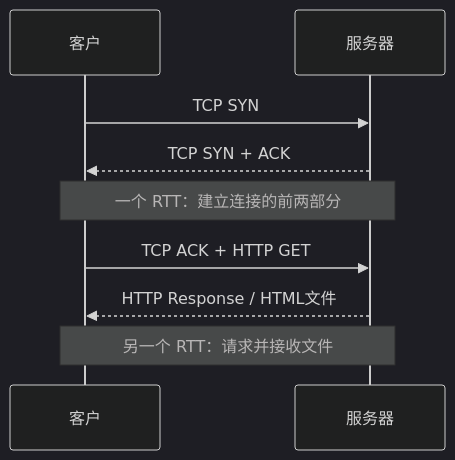
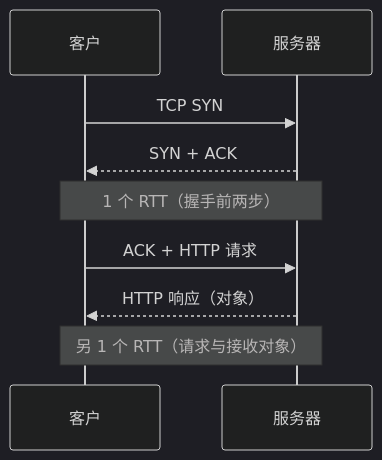
The fourth of 20 diagrams in src/content/posts/应用层.md (Meer-Matze/Meer-Matze.github.io), drawn with Mermaid (dark theme) before and after one commit. The commit also changed other lines of this file and 3 other files, not shown here.

````diff
--- a/src/content/posts/应用层.md
+++ b/src/content/posts/应用层.md
@@ -823,13 +313,11 @@
 ```mermaid
 sequenceDiagram
   participant C as 客户
   participant S as 服务器
-
   C->>S: TCP SYN
-  S-->>C: TCP SYN + ACK
-  Note over C,S: 一个 RTT：建立连接的前两部分
-
-  C->>S: TCP ACK + HTTP GET
-  S-->>C: HTTP Response / HTML文件
-  Note over C,S: 另一个 RTT：请求并接收文件
+  S-->>C: SYN + ACK
+  Note over C,S: 1 个 RTT（握手前两步）
+  C->>S: ACK + HTTP 请求
+  S-->>C: HTTP 响应（对象）
+  Note over C,S: 另 1 个 RTT（请求与接收对象）
 ```
````
